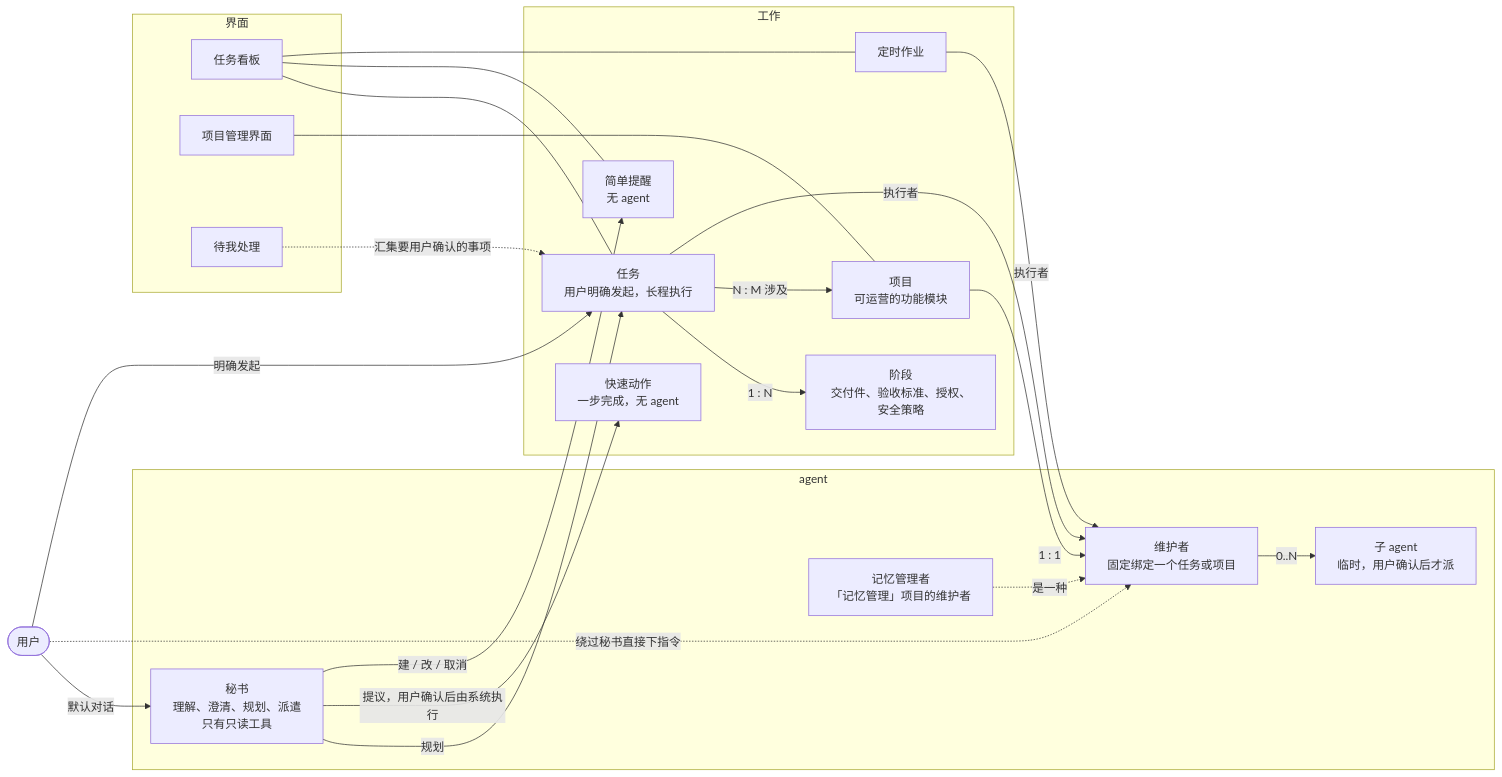
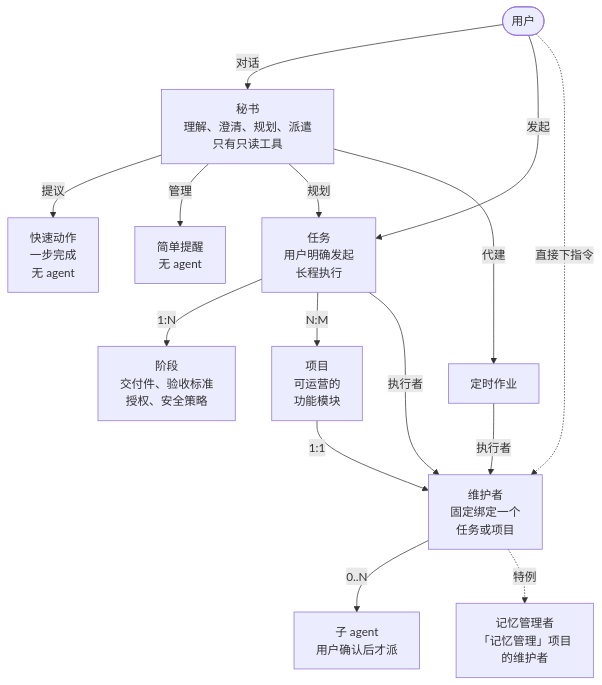
One commit to catmaniii/ergo changed the first of 7 diagrams in README.md. Above: the diagram before and after it, drawn with Mermaid. The commit also changed other lines of this file and 1 other file, not shown here.

First line of the commit message:
docs: README 图改为纵向并收窄，新增英文版

````diff
--- a/README.md
+++ b/README.md
@@ -36,47 +38,33 @@
 ```mermaid
-flowchart LR
+flowchart TB
     U(["用户"])
+    SEC["秘书<br/>理解、澄清、规划、派遣<br/>只有只读工具"]
 
-    subgraph AGENTS["agent"]
-        SEC["秘书<br/>理解、澄清、规划、派遣<br/>只有只读工具"]
-        MT["维护者<br/>固定绑定一个任务或项目"]
-        SUB["子 agent<br/>临时，用户确认后才派"]
-        MK["记忆管理者<br/>「记忆管理」项目的维护者"]
-    end
+    QA["快速动作<br/>一步完成<br/>无 agent"]
+    RM["简单提醒<br/>无 agent"]
+    TASK["任务<br/>用户明确发起<br/>长程执行"]
+    JOB["定时作业"]
 
-    subgraph WORK["工作"]
-        TASK["任务<br/>用户明确发起，长程执行"]
-        STAGE["阶段<br/>交付件、验收标准、授权、安全策略"]
-        PRJ["项目<br/>可运营的功能模块"]
-        QA["快速动作<br/>一步完成，无 agent"]
-        RM["简单提醒<br/>无 agent"]
-        JOB["定时作业"]
-    end
+    STAGE["阶段<br/>交付件、验收标准<br/>授权、安全策略"]
+    PRJ["项目<br/>可运营的<br/>功能模块"]
+    MT["维护者<br/>固定绑定一个<br/>任务或项目"]
+    SUB["子 agent<br/>用户确认后才派"]
+    MK["记忆管理者<br/>「记忆管理」项目<br/>的维护者"]
 
-    subgraph VIEWS["界面"]
-        BOARD["任务看板"]
-        PUI["项目管理界面"]
-        INBOX["待我处理"]
-    end
+    U -->|"对话"| SEC
+    U -->|"发起"| TASK
+    U -.->|"直接下指令"| MT
 
-    U -->|"默认对话"| SEC
-    U -.->|"绕过秘书直接下指令"| MT
-    U -->|"明确发起"| TASK
+    SEC -->|"提议"| QA
+    SEC -->|"管理"| RM
     SEC -->|"规划"| TASK
-    SEC -->|"提议，用户确认后由系统执行"| QA
-    SEC -->|"建 / 改 / 取消"| RM
+    SEC -->|"代建"| JOB
 
-    TASK -->|"1 : N"| STAGE
-    TASK -->|"N : M 涉及"| PRJ
-    PRJ -->|"1 : 1"| MT
+    TASK -->|"1:N"| STAGE
+    TASK -->|"N:M"| PRJ
     TASK -->|"执行者"| MT
     JOB -->|"执行者"| MT
+    PRJ -->|"1:1"| MT
     MT -->|"0..N"| SUB
-    MK -.->|"是一种"| MT
-
-    BOARD --- TASK
-    BOARD --- RM
-    BOARD --- JOB
-    PUI --- PRJ
-    INBOX -.->|"汇集要用户确认的事项"| TASK
+    MT -.->|"特例"| MK
 ```
````
